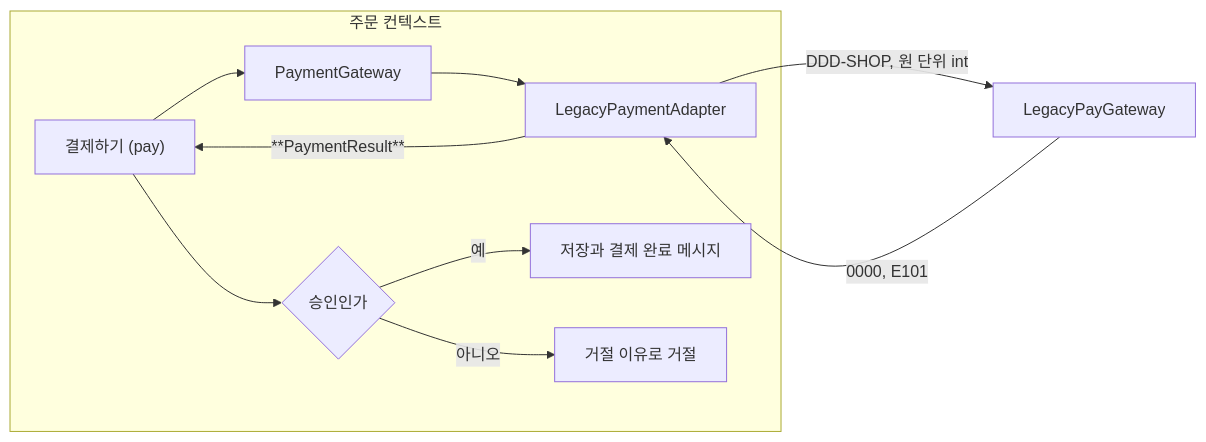
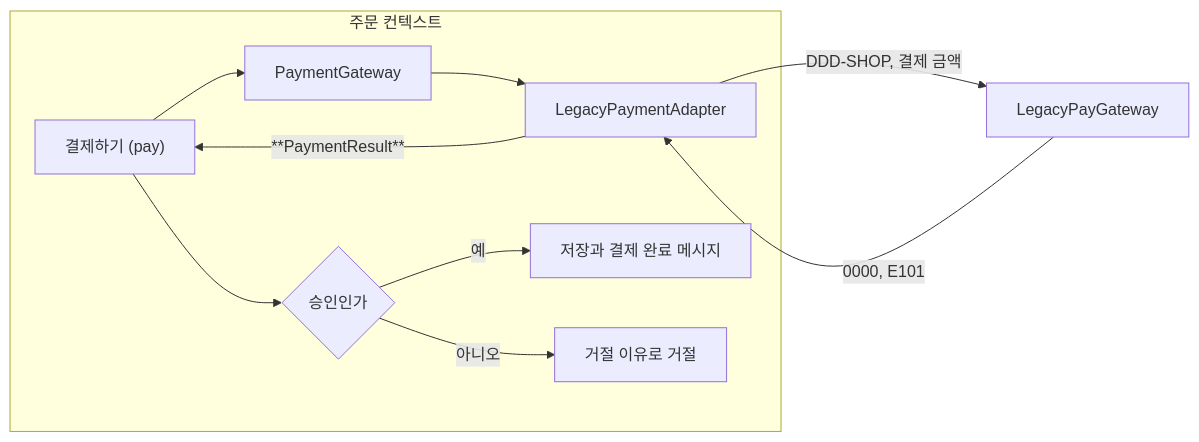
One commit to busan-bank-2026/ddd-example changed the diagram in .projectcode/chapters/payment-acl/diagrams/flow.md. Above: the diagram before and after it, drawn with Mermaid. The commit also changed other lines of this file and 12 other files, not shown here.

````diff
--- a/.projectcode/chapters/payment-acl/diagrams/flow.md
+++ b/.projectcode/chapters/payment-acl/diagrams/flow.md
@@ -3,13 +3,13 @@
 ```mermaid
 flowchart LR
   subgraph order ["주문 컨텍스트"]
     A["결제하기 (pay)"] --> B[PaymentGateway]
     B --> C[LegacyPaymentAdapter]
     C -- "**PaymentResult**" --> A
     A --> D{승인인가}
     D -- 예 --> E[저장과 결제 완료 메시지]
     D -- 아니오 --> F[거절 이유로 거절]
   end
-  C -- "DDD-SHOP, 원 단위 int" --> G[LegacyPayGateway]
+  C -- "DDD-SHOP, 결제 금액" --> G[LegacyPayGateway]
   G -- "0000, E101" --> C
 ```
````
